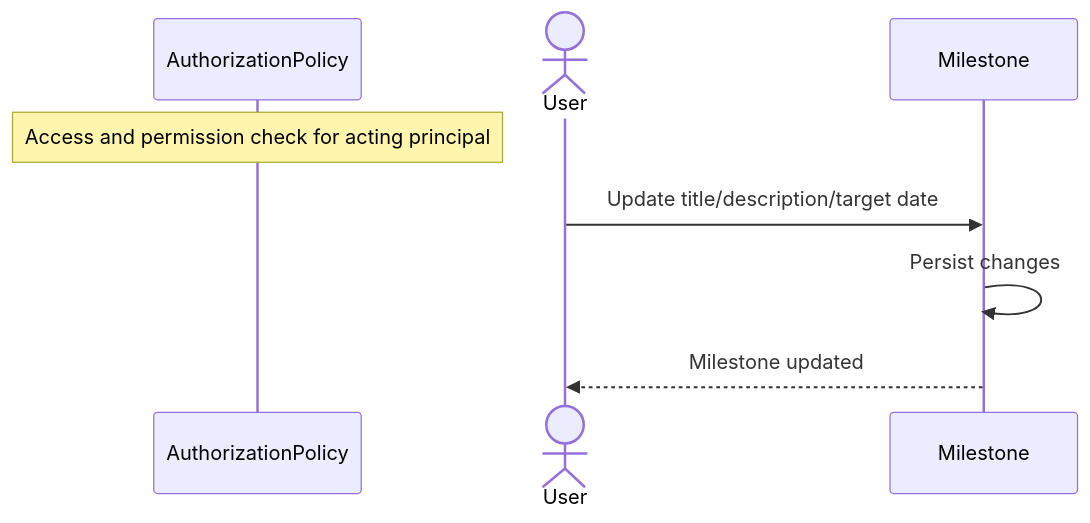
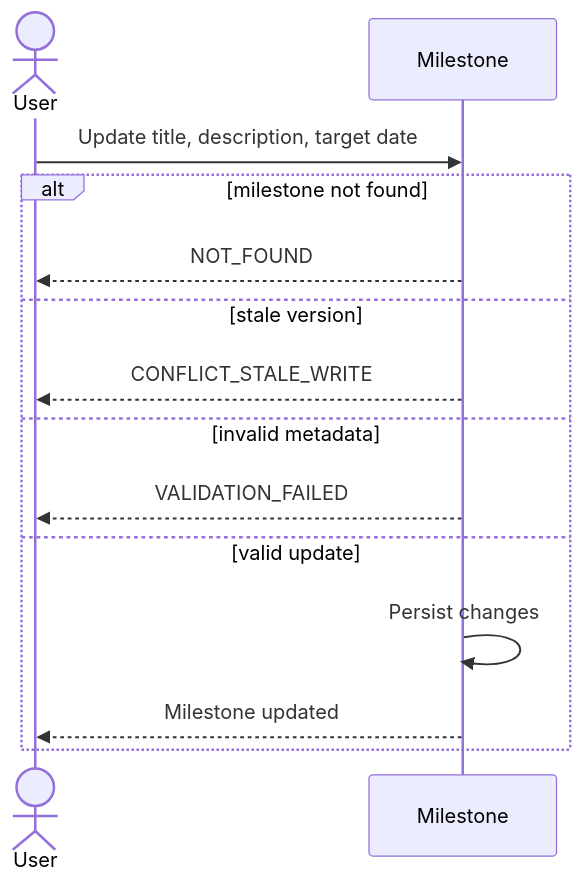
Before and after one commit to ChidiRnweke/margin: the eighth of 13 diagrams in architecture/sequence-diagrams/02-aspects-milestones.md, drawn with Mermaid. The commit also changed other lines of this file and 12 other files, not shown here.

Commit message:
Enhance sequence diagrams and introduce traceability matrix

````diff
--- a/architecture/sequence-diagrams/02-aspects-milestones.md
+++ b/architecture/sequence-diagrams/02-aspects-milestones.md
@@ -120,10 +163,16 @@
 ```mermaid
 sequenceDiagram
-    participant G as AuthorizationPolicy
-    Note over G: Access and permission check for acting principal
     actor U as User
     participant M as Milestone
-    U->>M: Update title/description/target date
-    M->>M: Persist changes
-    M-->>U: Milestone updated
+    U->>M: Update title, description, target date
+    alt milestone not found
+        M-->>U: NOT_FOUND
+    else stale version
+        M-->>U: CONFLICT_STALE_WRITE
+    else invalid metadata
+        M-->>U: VALIDATION_FAILED
+    else valid update
+        M->>M: Persist changes
+        M-->>U: Milestone updated
+    end
 ```
````
